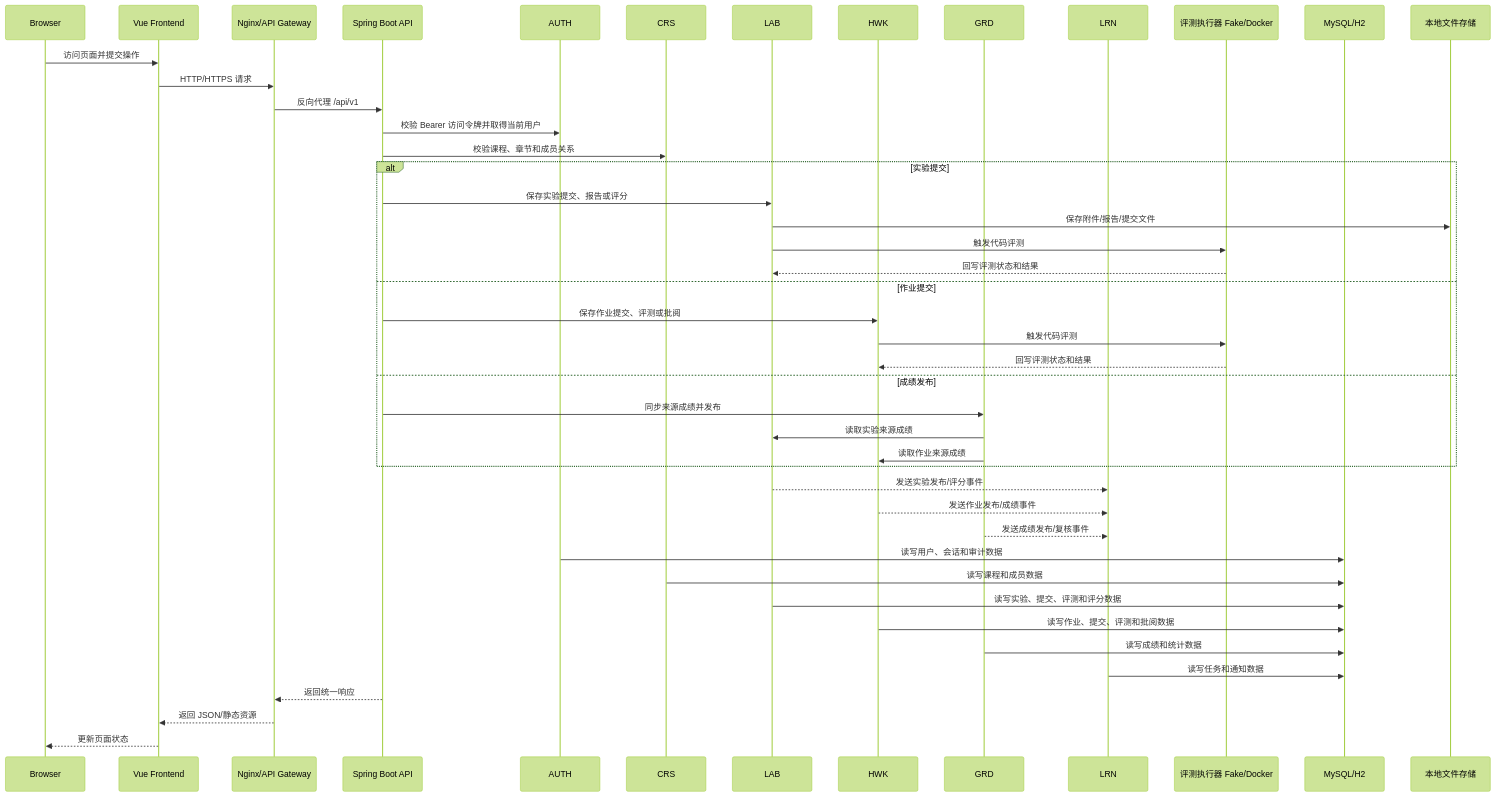
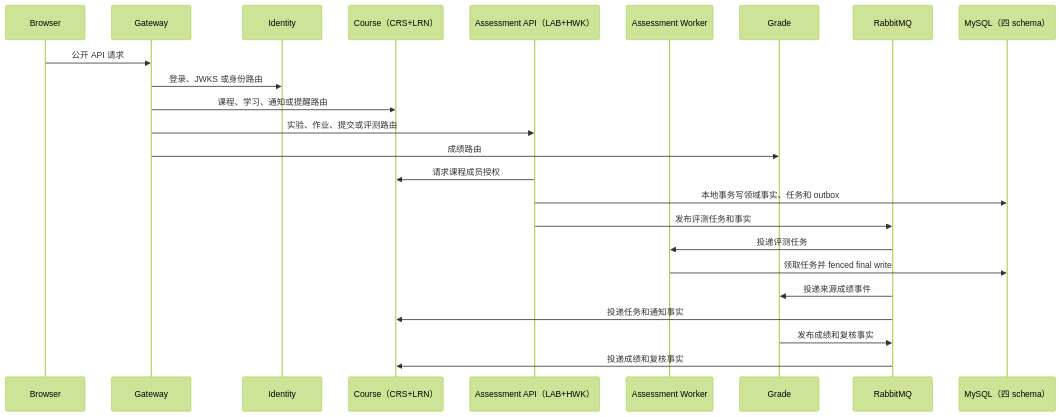
Before and after one commit to Cr4zyorange/OnlineJudge: the third of 33 diagrams in submission/02_docs/editable/final/软件概要设计说明书.md, drawn with Mermaid (forest theme). The commit also changed other lines of this file and 1 other file, not shown here.

````diff
--- a/submission/02_docs/editable/final/软件概要设计说明书.md
+++ b/submission/02_docs/editable/final/软件概要设计说明书.md
@@ -819,48 +819,27 @@
 ```mermaid
 sequenceDiagram
     participant Browser as Browser
-    participant Frontend as Vue Frontend
-    participant Gateway as Nginx/API Gateway
-    participant API as Spring Boot API
-    participant AUTH as AUTH
-    participant CRS as CRS
-    participant LAB as LAB
-    participant HWK as HWK
-    participant GRD as GRD
-    participant LRN as LRN
-    participant Eval as 评测执行器 Fake/Docker
-    participant DB as MySQL/H2
-    participant File as 本地文件存储
+    participant Gateway as Gateway
+    participant Identity as Identity
+    participant Course as Course（CRS+LRN）
+    participant Assessment as Assessment API（LAB+HWK）
+    participant Worker as Assessment Worker
+    participant Grade as Grade
+    participant MQ as RabbitMQ
+    participant DB as MySQL（四 schema）
 
-    Browser->>Frontend: 访问页面并提交操作
-    Frontend->>Gateway: HTTP/HTTPS 请求
-    Gateway->>API: 反向代理 /api/v1
-    API->>AUTH: 校验 Bearer 访问令牌并取得当前用户
-    API->>CRS: 校验课程、章节和成员关系
-    alt 实验提交
-        API->>LAB: 保存实验提交、报告或评分
-        LAB->>File: 保存附件/报告/提交文件
-        LAB->>Eval: 触发代码评测
-        Eval-->>LAB: 回写评测状态和结果
-    else 作业提交
-        API->>HWK: 保存作业提交、评测或批阅
-        HWK->>Eval: 触发代码评测
-        Eval-->>HWK: 回写评测状态和结果
-    else 成绩发布
-        API->>GRD: 同步来源成绩并发布
-        GRD->>LAB: 读取实验来源成绩
-        GRD->>HWK: 读取作业来源成绩
-    end
-    LAB-->>LRN: 发送实验发布/评分事件
-    HWK-->>LRN: 发送作业发布/成绩事件
-    GRD-->>LRN: 发送成绩发布/复核事件
-    AUTH->>DB: 读写用户、会话和审计数据
-    CRS->>DB: 读写课程和成员数据
-    LAB->>DB: 读写实验、提交、评测和评分数据
-    HWK->>DB: 读写作业、提交、评测和批阅数据
-    GRD->>DB: 读写成绩和统计数据
-    LRN->>DB: 读写任务和通知数据
-    API-->>Gateway: 返回统一响应
-    Gateway-->>Frontend: 返回 JSON/静态资源
-    Frontend-->>Browser: 更新页面状态
+    Browser->>Gateway: 公开 API 请求
+    Gateway->>Identity: 登录、JWKS 或身份路由
+    Gateway->>Course: 课程、学习、通知或提醒路由
+    Gateway->>Assessment: 实验、作业、提交或评测路由
+    Gateway->>Grade: 成绩路由
+    Assessment->>Course: 请求课程成员授权
+    Assessment->>DB: 本地事务写领域事实、任务和 outbox
+    Assessment->>MQ: 发布评测任务和事实
+    MQ->>Worker: 投递评测任务
+    Worker->>DB: 领取任务并 fenced final write
+    MQ->>Grade: 投递来源成绩事件
+    MQ->>Course: 投递任务和通知事实
+    Grade->>MQ: 发布成绩和复核事实
+    MQ->>Course: 投递成绩和复核事实
 ```
````
